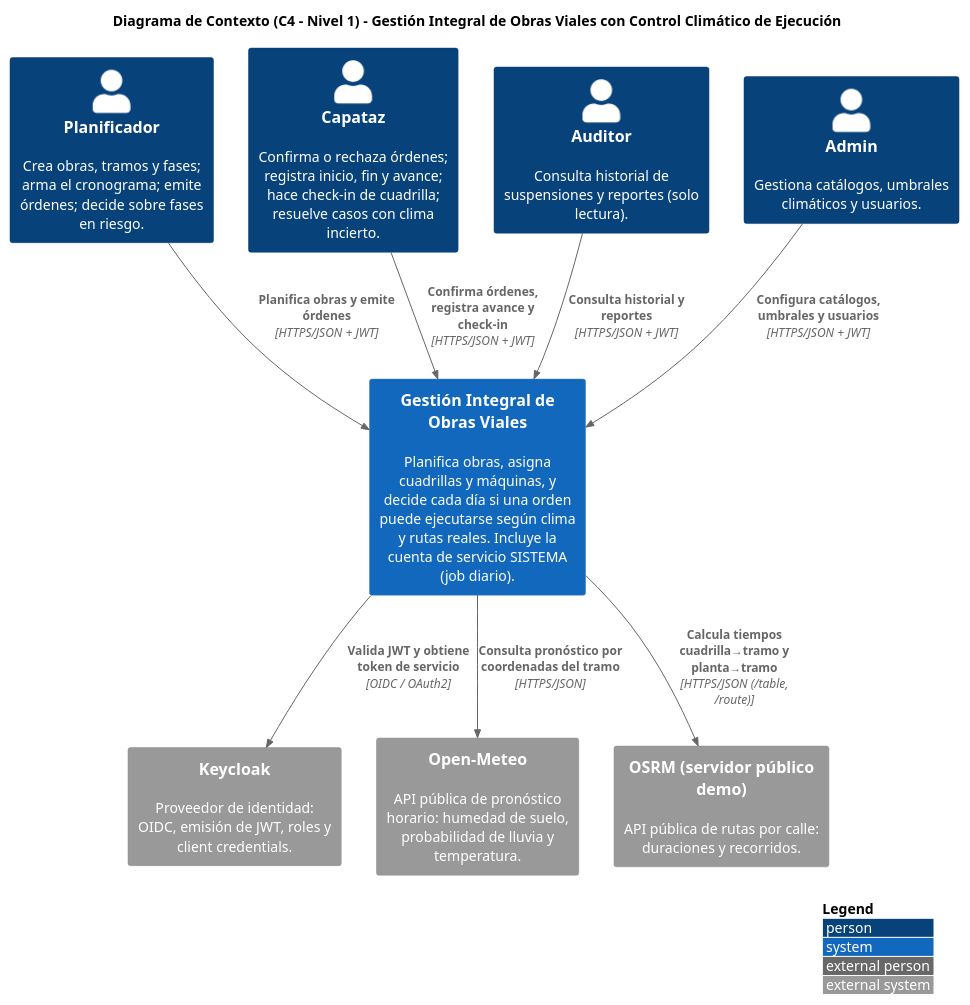
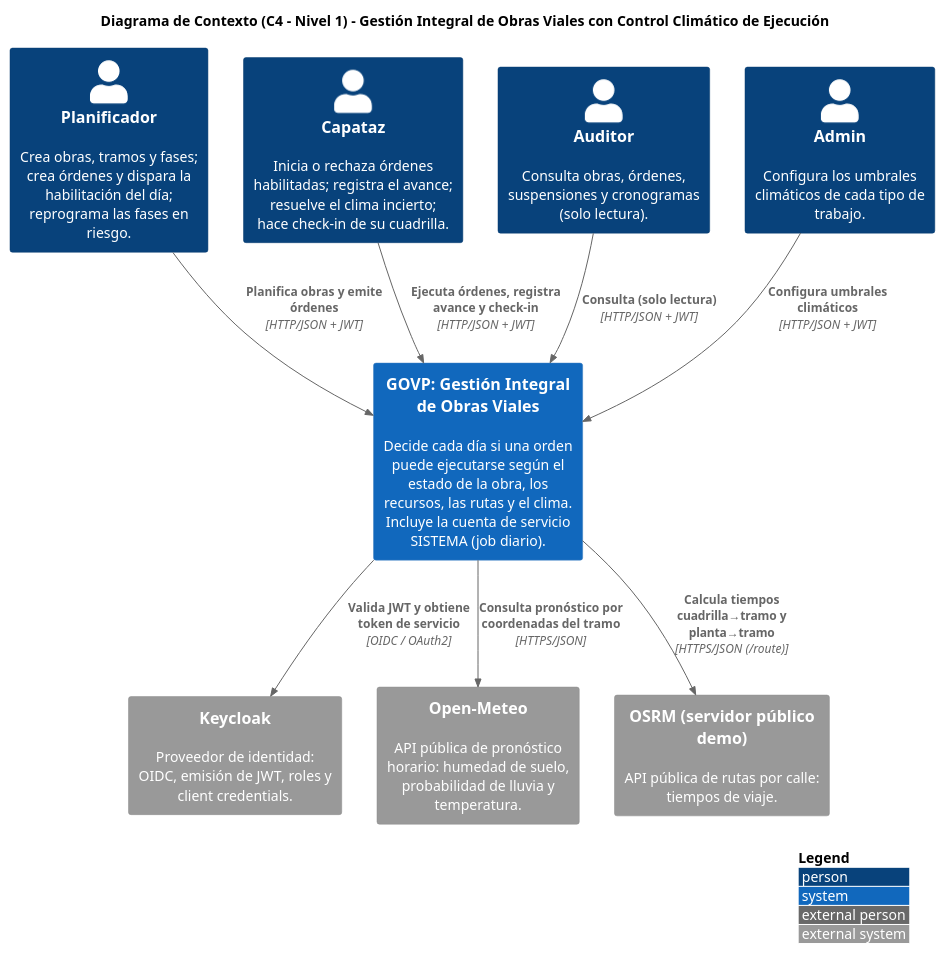
The second of 6 diagrams in docs/guia-del-proyecto.md (nietofede/tp_obrasViales), drawn with PlantUML before and after one commit. The commit also changed other lines of this file, not shown here.

````diff
--- a/docs/guia-del-proyecto.md
+++ b/docs/guia-del-proyecto.md
@@ -138,28 +138,28 @@
 ```plantuml
 @startuml C1_Contexto_Obras_Viales
 !include https://raw.githubusercontent.com/plantuml-stdlib/C4-PlantUML/master/C4_Context.puml
 
 LAYOUT_WITH_LEGEND()
 title Diagrama de Contexto (C4 - Nivel 1) - Gestión Integral de Obras Viales con Control Climático de Ejecución
 
-Person(planificador, "Planificador", "Crea obras, tramos y fases; arma el cronograma; emite órdenes; decide sobre fases en riesgo.")
-Person(capataz, "Capataz", "Confirma o rechaza órdenes; registra inicio, fin y avance; hace check-in de cuadrilla; resuelve casos con clima incierto.")
-Person(auditor, "Auditor", "Consulta historial de suspensiones y reportes (solo lectura).")
-Person(admin, "Admin", "Gestiona catálogos, umbrales climáticos y usuarios.")
+Person(planificador, "Planificador", "Crea obras, tramos y fases; crea órdenes y dispara la habilitación del día; reprograma las fases en riesgo.")
+Person(capataz, "Capataz", "Inicia o rechaza órdenes habilitadas; registra el avance; resuelve el clima incierto; hace check-in de su cuadrilla.")
+Person(auditor, "Auditor", "Consulta obras, órdenes, suspensiones y cronogramas (solo lectura).")
+Person(admin, "Admin", "Configura los umbrales climáticos de cada tipo de trabajo.")
 
-System(obras, "Gestión Integral de Obras Viales", "Planifica obras, asigna cuadrillas y máquinas, y decide cada día si una orden puede ejecutarse según clima y rutas reales. Incluye la cuenta de servicio SISTEMA (job diario).")
+System(obras, "GOVP: Gestión Integral de Obras Viales", "Decide cada día si una orden puede ejecutarse según el estado de la obra, los recursos, las rutas y el clima. Incluye la cuenta de servicio SISTEMA (job diario).")
 
 System_Ext(keycloak, "Keycloak", "Proveedor de identidad: OIDC, emisión de JWT, roles y client credentials.")
 System_Ext(meteo, "Open-Meteo", "API pública de pronóstico horario: humedad de suelo, probabilidad de lluvia y temperatura.")
-System_Ext(osrm, "OSRM (servidor público demo)", "API pública de rutas por calle: duraciones y recorridos.")
+System_Ext(osrm, "OSRM (servidor público demo)", "API pública de rutas por calle: tiempos de viaje.")
 
-Rel(planificador, obras, "Planifica obras y emite órdenes", "HTTPS/JSON + JWT")
-Rel(capataz, obras, "Confirma órdenes, registra avance y check-in", "HTTPS/JSON + JWT")
-Rel(auditor, obras, "Consulta historial y reportes", "HTTPS/JSON + JWT")
-Rel(admin, obras, "Configura catálogos, umbrales y usuarios", "HTTPS/JSON + JWT")
+Rel(planificador, obras, "Planifica obras y emite órdenes", "HTTP/JSON + JWT")
+Rel(capataz, obras, "Ejecuta órdenes, registra avance y check-in", "HTTP/JSON + JWT")
+Rel(auditor, obras, "Consulta (solo lectura)", "HTTP/JSON + JWT")
+Rel(admin, obras, "Configura umbrales climáticos", "HTTP/JSON + JWT")
 
 Rel(obras, keycloak, "Valida JWT y obtiene token de servicio", "OIDC / OAuth2")
 Rel(obras, meteo, "Consulta pronóstico por coordenadas del tramo", "HTTPS/JSON")
-Rel(obras, osrm, "Calcula tiempos cuadrilla→tramo y planta→tramo", "HTTPS/JSON (/table, /route)")
+Rel(obras, osrm, "Calcula tiempos cuadrilla→tramo y planta→tramo", "HTTPS/JSON (/route)")
 @enduml
 ```
````
